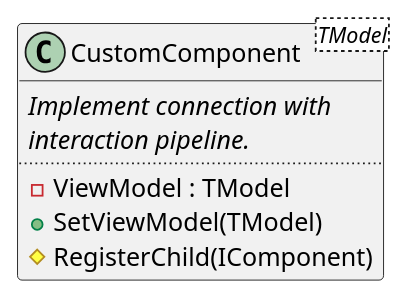
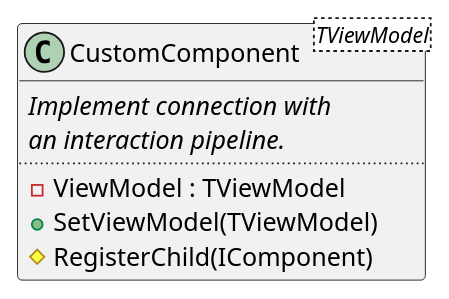
Before and after one commit to akobr/blazor.widgetised: the tenth of 10 diagrams in docs/diagrams.puml, drawn with PlantUML. The commit also changed other lines of this file and 13 other files, not shown here.

Commit message:
documentation of architecture

```diff
--- a/docs/diagrams.puml
+++ b/docs/diagrams.puml
@@ -189,12 +189,12 @@
 @startuml component-system
 
-class CustomComponent<TModel> {
+class CustomComponent<TViewModel> {
     <i>Implement connection with</i>
-    <i>interaction pipeline.</i>
+    <i>an interaction pipeline.</i>
     ..
-    -ViewModel : TModel
-    +SetViewModel(TModel)
+    -ViewModel : TViewModel
+    +SetViewModel(TViewModel)
     #RegisterChild(IComponent)
 }
 
 @enduml
```
